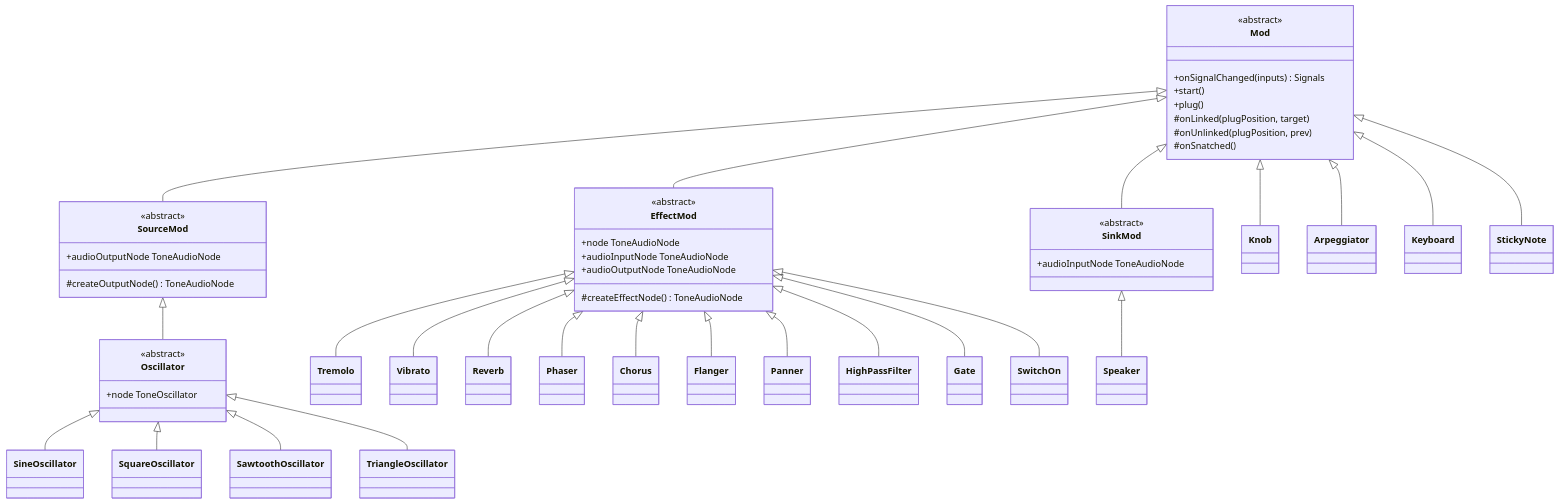
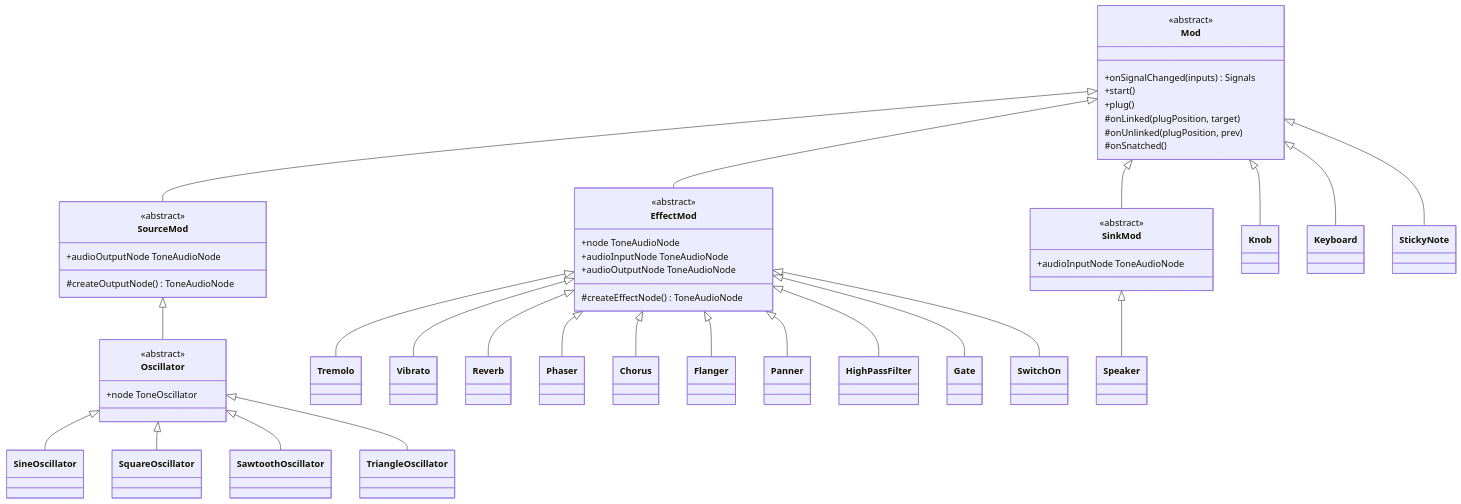
Before and after one commit to pitpit/synt: the diagram in docs/01-architecture.md, drawn with Mermaid. The commit also changed other lines of this file and 30 other files, not shown here.

Commit message:
feat: add a sequencer module (#100)

````diff
--- a/docs/01-architecture.md
+++ b/docs/01-architecture.md
@@ -153,75 +152,73 @@
 ```mermaid
 classDiagram
     class Mod {
         <<abstract>>
         +onSignalChanged(inputs) Signals
         +start()
         +plug()
         #onLinked(plugPosition, target)
         #onUnlinked(plugPosition, prev)
         #onSnatched()
     }
     class SourceMod {
         <<abstract>>
         #createOutputNode() ToneAudioNode
         +audioOutputNode ToneAudioNode
     }
     class EffectMod {
         <<abstract>>
         #createEffectNode() ToneAudioNode
         +node ToneAudioNode
         +audioInputNode ToneAudioNode
         +audioOutputNode ToneAudioNode
     }
     class SinkMod {
         <<abstract>>
         +audioInputNode ToneAudioNode
     }
     class Oscillator {
         <<abstract>>
         +node ToneOscillator
     }
     class SineOscillator
     class SquareOscillator
     class SawtoothOscillator
     class TriangleOscillator
     class Tremolo
     class Vibrato
     class Reverb
     class Phaser
     class Chorus
     class Flanger
     class Panner
     class HighPassFilter
     class Speaker
     class SwitchOn
     class Gate
     class Knob
-    class Arpeggiator
     class Keyboard
     class StickyNote
 
     Mod <|-- SourceMod
     Mod <|-- EffectMod
     Mod <|-- SinkMod
     Mod <|-- Knob
-    Mod <|-- Arpeggiator
     Mod <|-- Keyboard
     Mod <|-- StickyNote
     SourceMod <|-- Oscillator
     EffectMod <|-- Tremolo
     EffectMod <|-- Vibrato
     EffectMod <|-- Reverb
     EffectMod <|-- Phaser
     EffectMod <|-- Chorus
     EffectMod <|-- Flanger
     EffectMod <|-- Panner
     EffectMod <|-- HighPassFilter
     EffectMod <|-- Gate
     EffectMod <|-- SwitchOn
     SinkMod <|-- Speaker
     Oscillator <|-- SineOscillator
     Oscillator <|-- SquareOscillator
     Oscillator <|-- SawtoothOscillator
     Oscillator <|-- TriangleOscillator
 ```
````
